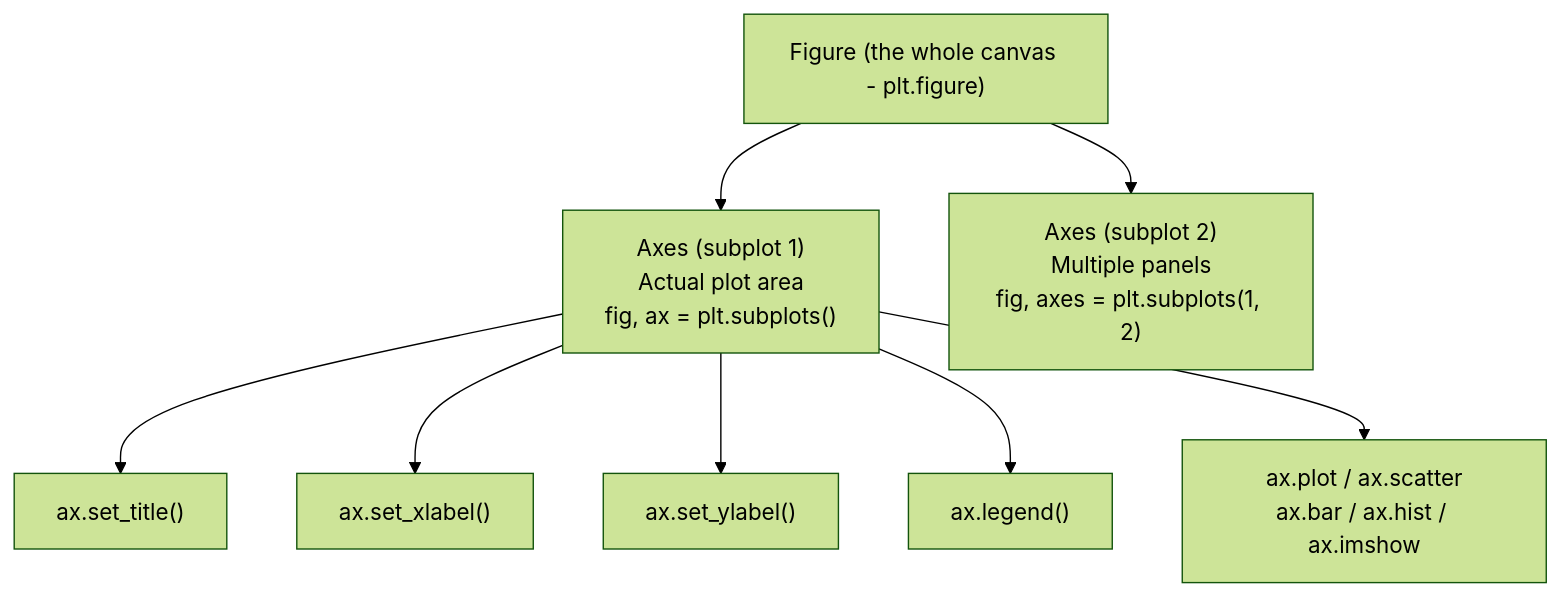
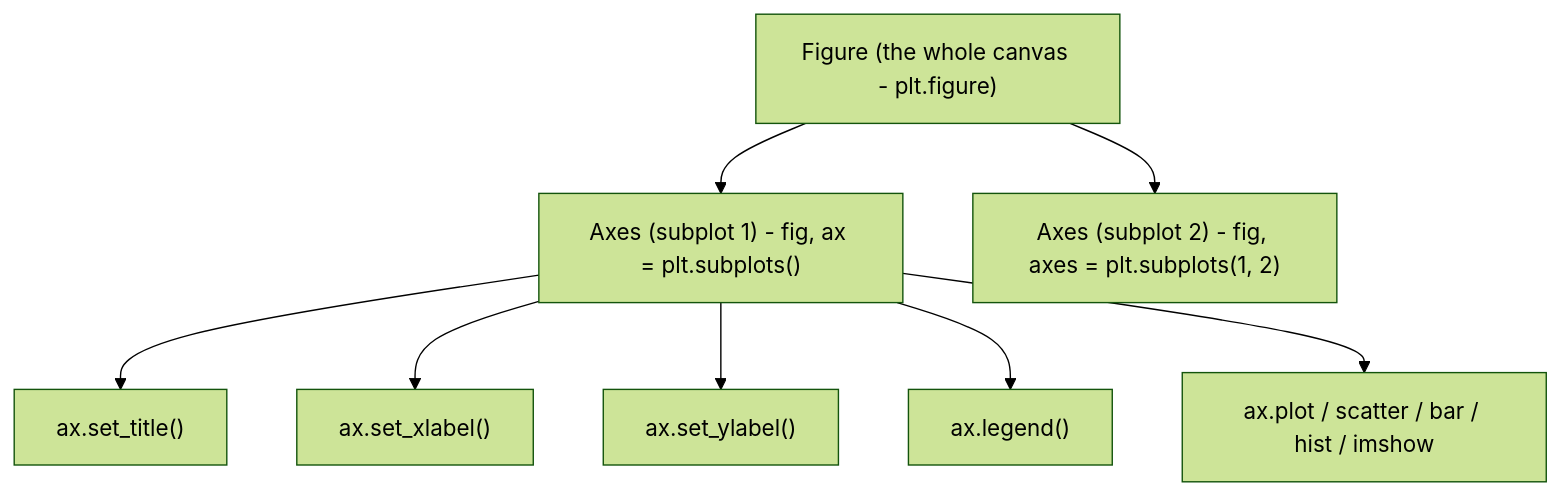
Before and after one commit to codebyshennan/dsai: the diagram in docs/3-data-visualization/3.1-intro-data-viz/matplotlib-basics.md, drawn with Mermaid (forest theme). The commit also changed 2 other files, not shown here.

Commit message:
fix: remove remaining backslash-n from node labels and bump Mermaid to 11.4.1
Previous fix cleared \n from edge labels and one node label but missed:
- AX1/AX2/PLOT in matplotlib-basics graph TD
- A2/A4 in visualization-principles graph LR

Also bumps CDN from mermaid@11.4.0 to 11.4.1 (patch that fixes flowchart
parse edge-cases; closes version gap with mmdc validation target).

````diff
--- a/docs/3-data-visualization/3.1-intro-data-viz/matplotlib-basics.md
+++ b/docs/3-data-visualization/3.1-intro-data-viz/matplotlib-basics.md
@@ -44,12 +44,12 @@
 ```mermaid
 graph TD
     FIG["Figure (the whole canvas - plt.figure)"]
-    FIG --> AX1["Axes (subplot 1)\nActual plot area\nfig, ax = plt.subplots()"]
-    FIG --> AX2["Axes (subplot 2)\nMultiple panels\nfig, axes = plt.subplots(1, 2)"]
+    FIG --> AX1["Axes (subplot 1) - fig, ax = plt.subplots()"]
+    FIG --> AX2["Axes (subplot 2) - fig, axes = plt.subplots(1, 2)"]
 
     AX1 --> TITLE["ax.set_title()"]
     AX1 --> XLABEL["ax.set_xlabel()"]
     AX1 --> YLABEL["ax.set_ylabel()"]
     AX1 --> LEGEND["ax.legend()"]
-    AX1 --> PLOT["ax.plot / ax.scatter\nax.bar / ax.hist / ax.imshow"]
+    AX1 --> PLOT["ax.plot / scatter / bar / hist / imshow"]
 ```
````
